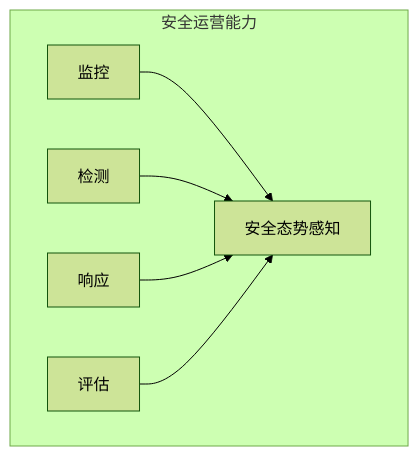
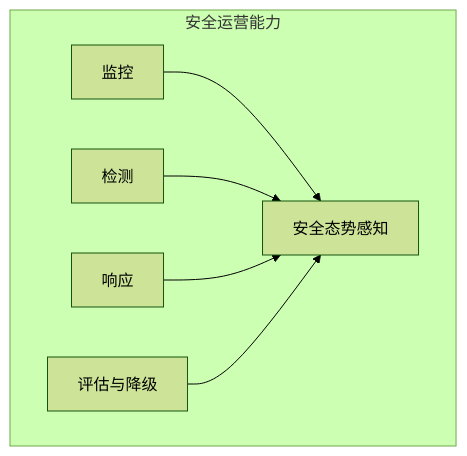
Before and after one commit to yeasy/ai_security_guide: the diagram in 10_operations/summary.md, drawn with Mermaid (forest theme). The commit also changed other lines of this file and 19 other files, not shown here.

````diff
--- a/10_operations/summary.md
+++ b/10_operations/summary.md
@@ -17,9 +19,9 @@
 ```mermaid
 graph TB
     subgraph "安全运营能力"
     A["监控"] --> E["安全态势感知"]
     B["检测"] --> E
     C["响应"] --> E
-    D["评估"] --> E
+    D["评估与降级"] --> E
     end
 ```
````
